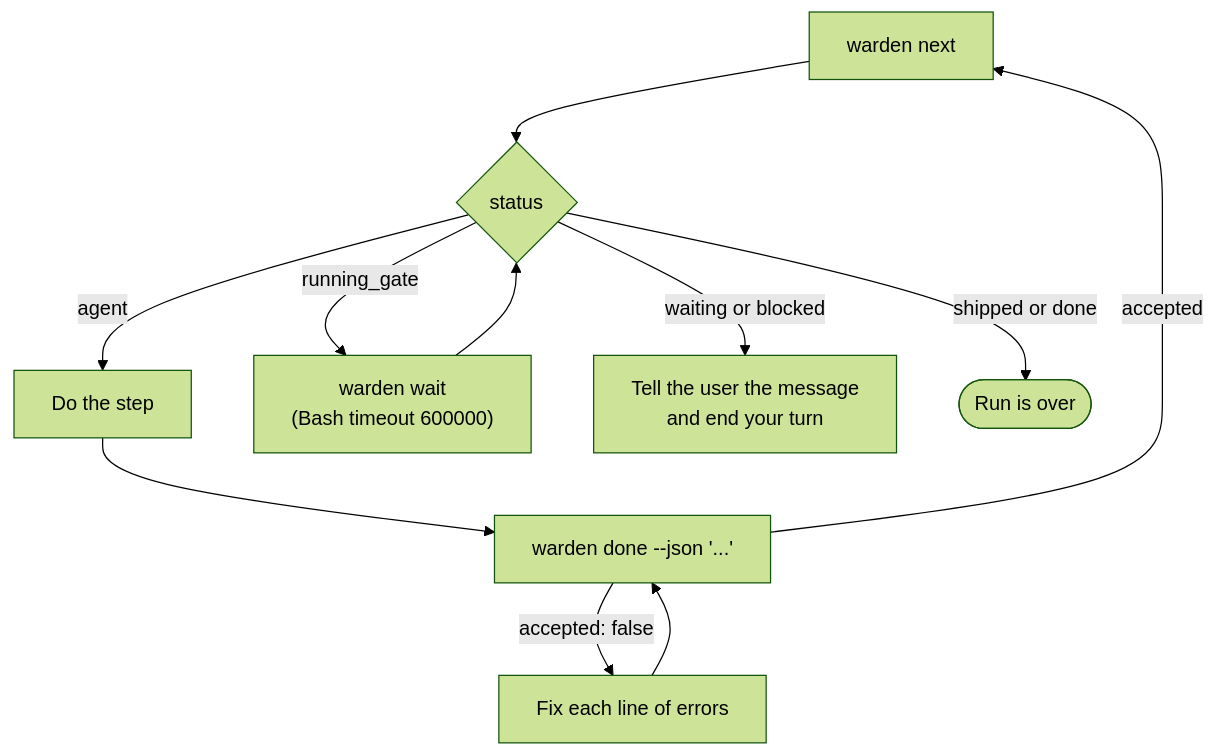
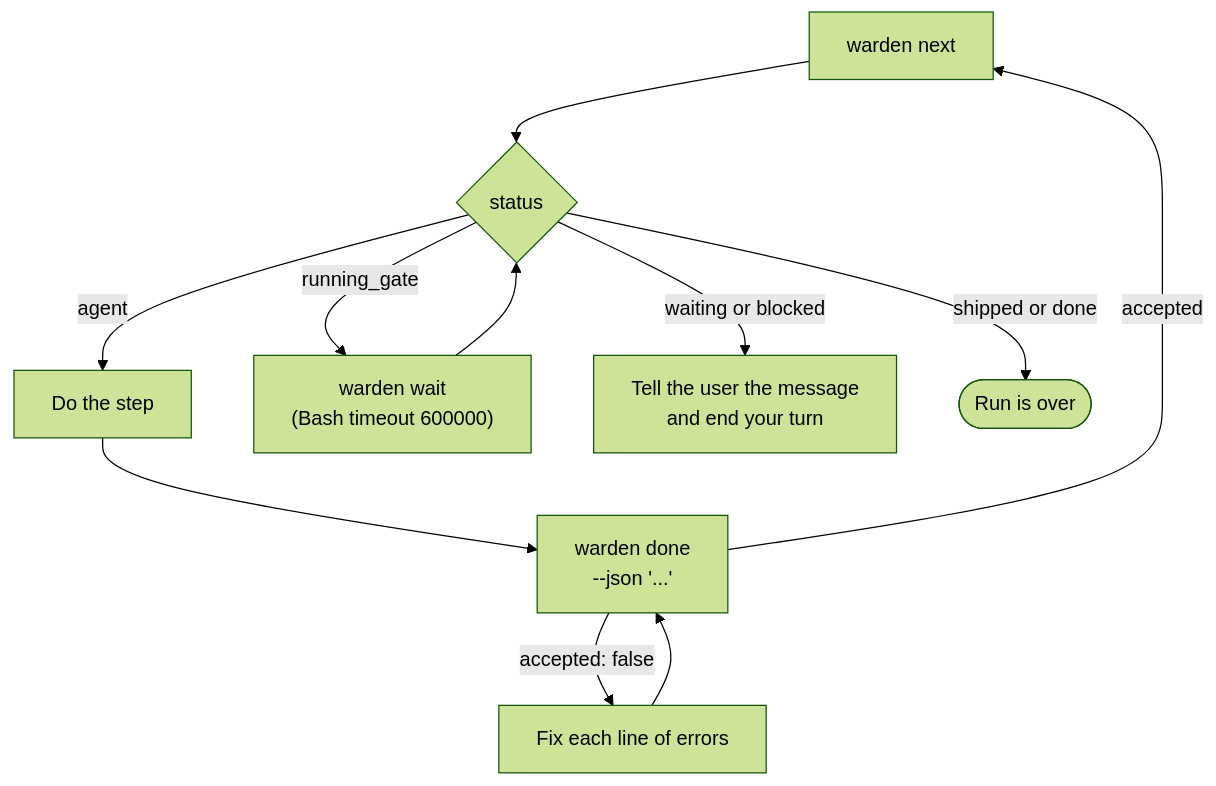
Before and after one commit to thucxuong/warden: the diagram in docs/for-agents.md, drawn with Mermaid (forest theme). The commit also changed 11 other files, not shown here.

First line of the commit message:
Website: draw the Mermaid diagrams

````diff
--- a/docs/for-agents.md
+++ b/docs/for-agents.md
@@ -38,10 +38,10 @@
 ```mermaid
 flowchart TD
     next["warden next"] --> s{status}
-    s -->|agent| work["Do the step"] --> done["warden done --json '...'"]
+    s -->|agent| work["Do the step"] --> done["warden done<br/>--json '...'"]
     done -->|"accepted: false"| fix["Fix each line of errors"] --> done
     done -->|accepted| next
     s -->|running_gate| wait["warden wait<br/>(Bash timeout 600000)"] --> s
     s -->|"waiting or blocked"| tell["Tell the user the message<br/>and end your turn"]
     s -->|"shipped or done"| over(["Run is over"])
 ```
````
